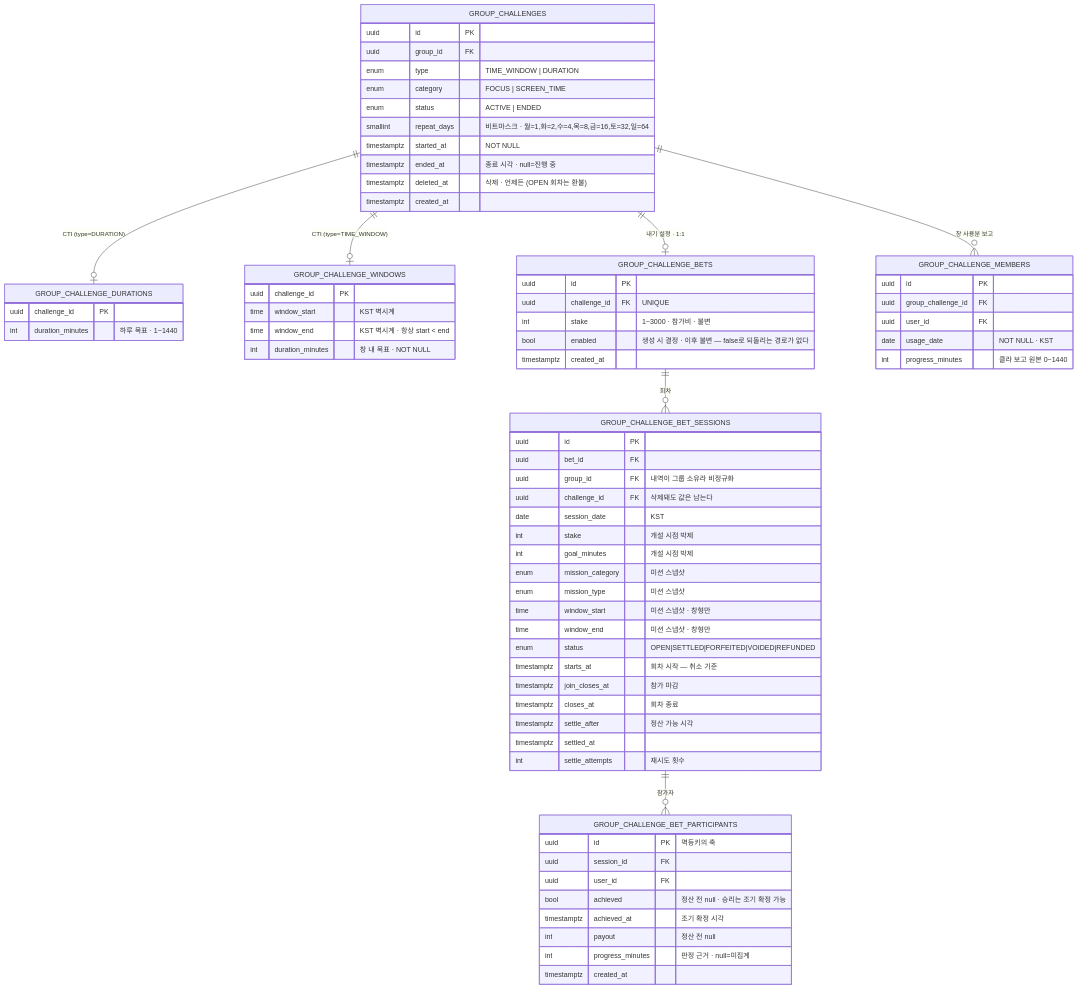
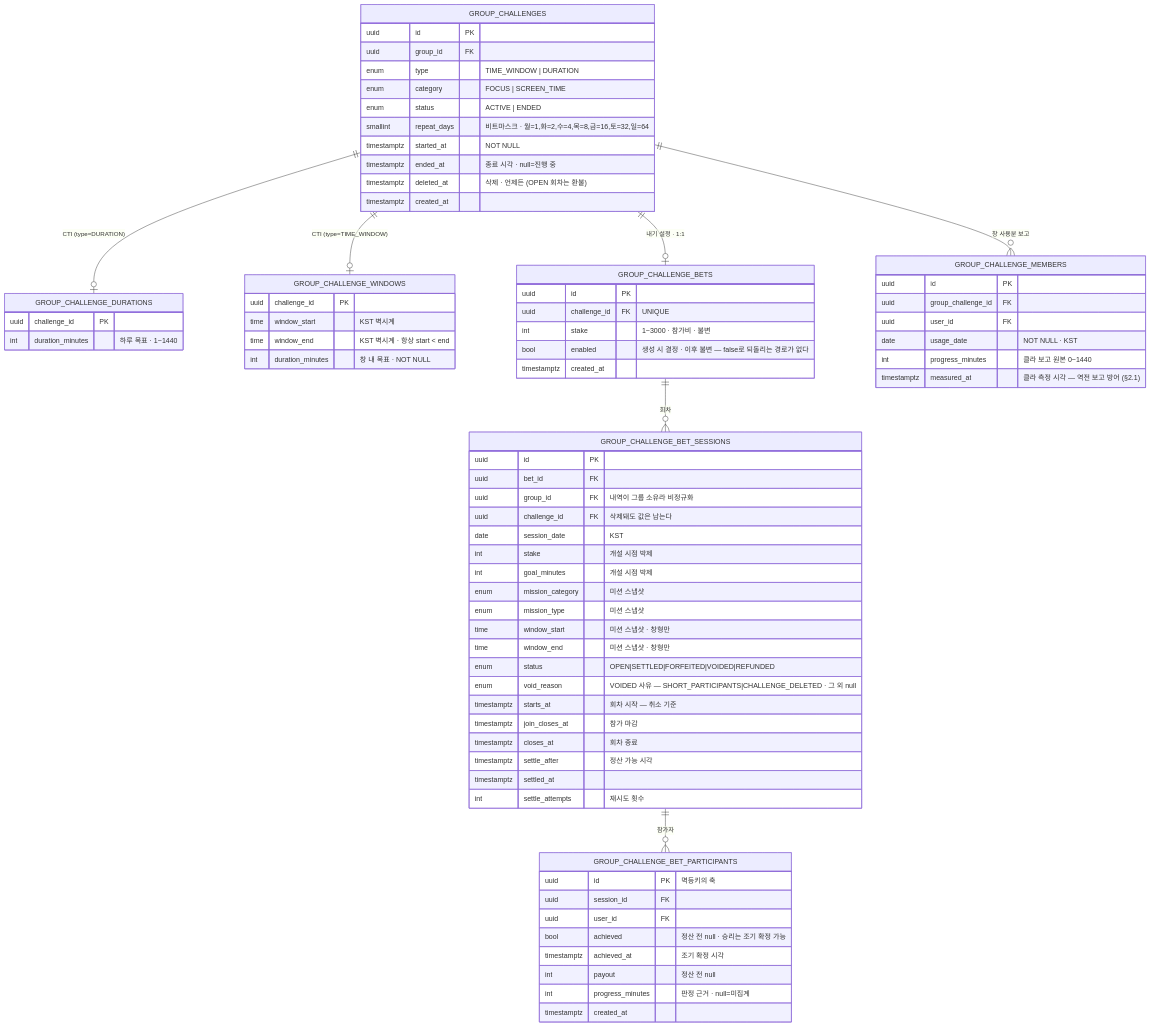
The first of 5 diagrams in docs/prd/challenge/low-level-design.md (OneOrThree/phone), drawn with Mermaid before and after one commit. The commit also changed other lines of this file and 5 other files, not shown here.

````diff
--- a/docs/prd/challenge/low-level-design.md
+++ b/docs/prd/challenge/low-level-design.md
@@ -14,76 +14,78 @@
 ```mermaid
 erDiagram
     GROUP_CHALLENGES ||--o| GROUP_CHALLENGE_DURATIONS : "CTI (type=DURATION)"
     GROUP_CHALLENGES ||--o| GROUP_CHALLENGE_WINDOWS : "CTI (type=TIME_WINDOW)"
     GROUP_CHALLENGES ||--o| GROUP_CHALLENGE_BETS : "내기 설정 · 1:1"
     GROUP_CHALLENGES ||--o{ GROUP_CHALLENGE_MEMBERS : "창 사용분 보고"
     GROUP_CHALLENGE_BETS ||--o{ GROUP_CHALLENGE_BET_SESSIONS : "회차"
     GROUP_CHALLENGE_BET_SESSIONS ||--o{ GROUP_CHALLENGE_BET_PARTICIPANTS : "참가자"
 
     GROUP_CHALLENGES {
         uuid id PK
         uuid group_id FK
         enum type "TIME_WINDOW | DURATION"
         enum category "FOCUS | SCREEN_TIME"
         enum status "ACTIVE | ENDED"
         smallint repeat_days "비트마스크 · 월=1,화=2,수=4,목=8,금=16,토=32,일=64"
         timestamptz started_at "NOT NULL"
         timestamptz ended_at "종료 시각 · null=진행 중"
         timestamptz deleted_at "삭제 · 언제든 (OPEN 회차는 환불)"
         timestamptz created_at
     }
     GROUP_CHALLENGE_DURATIONS {
         uuid challenge_id PK
         int duration_minutes "하루 목표 · 1~1440"
     }
     GROUP_CHALLENGE_WINDOWS {
         uuid challenge_id PK
         time window_start "KST 벽시계"
         time window_end "KST 벽시계 · 항상 start < end"
         int duration_minutes "창 내 목표 · NOT NULL"
     }
     GROUP_CHALLENGE_MEMBERS {
         uuid id PK
         uuid group_challenge_id FK
         uuid user_id FK
         date usage_date "NOT NULL · KST"
         int progress_minutes "클라 보고 원본 0~1440"
+        timestamptz measured_at "클라 측정 시각 — 역전 보고 방어 (§2.1)"
     }
     GROUP_CHALLENGE_BETS {
         uuid id PK
         uuid challenge_id FK "UNIQUE"
         int stake "1~3000 · 참가비 · 불변"
         bool enabled "생성 시 결정 · 이후 불변 — false로 되돌리는 경로가 없다"
         timestamptz created_at
     }
     GROUP_CHALLENGE_BET_SESSIONS {
         uuid id PK
         uuid bet_id FK
         uuid group_id FK "내역이 그룹 소유라 비정규화"
         uuid challenge_id FK "삭제돼도 값은 남는다"
         date session_date "KST"
         int stake "개설 시점 박제"
         int goal_minutes "개설 시점 박제"
         enum mission_category "미션 스냅샷"
         enum mission_type "미션 스냅샷"
         time window_start "미션 스냅샷 · 창형만"
         time window_end "미션 스냅샷 · 창형만"
         enum status "OPEN|SETTLED|FORFEITED|VOIDED|REFUNDED"
+        enum void_reason "VOIDED 사유 — SHORT_PARTICIPANTS|CHALLENGE_DELETED · 그 외 null"
         timestamptz starts_at "회차 시작 — 취소 기준"
         timestamptz join_closes_at "참가 마감"
         timestamptz closes_at "회차 종료"
         timestamptz settle_after "정산 가능 시각"
         timestamptz settled_at
         int settle_attempts "재시도 횟수"
     }
     GROUP_CHALLENGE_BET_PARTICIPANTS {
         uuid id PK "멱등키의 축"
         uuid session_id FK
         uuid user_id FK
         bool achieved "정산 전 null · 승리는 조기 확정 가능"
         timestamptz achieved_at "조기 확정 시각"
         int payout "정산 전 null"
         int progress_minutes "판정 근거 · null=미집계"
         timestamptz created_at
     }
 ```
````
